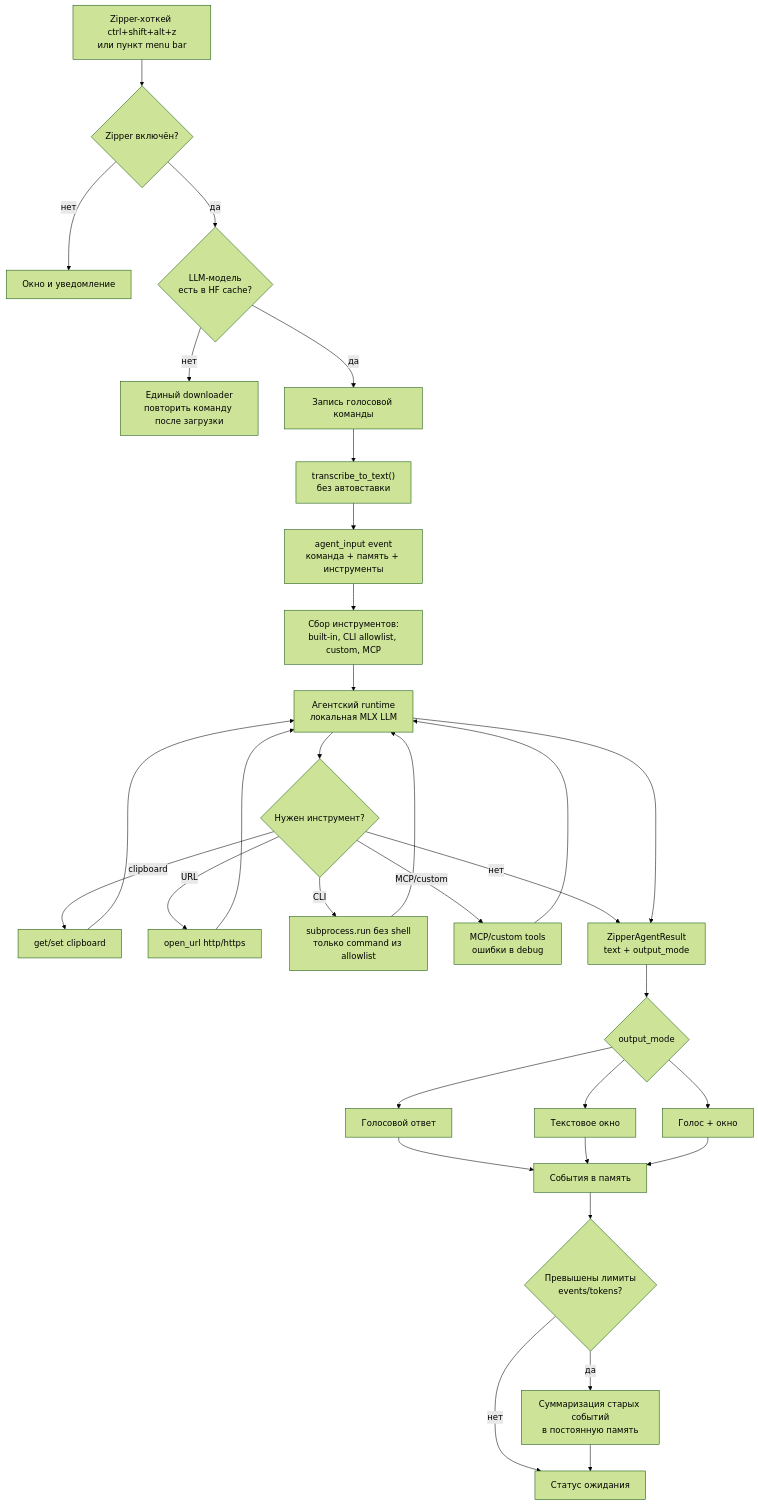
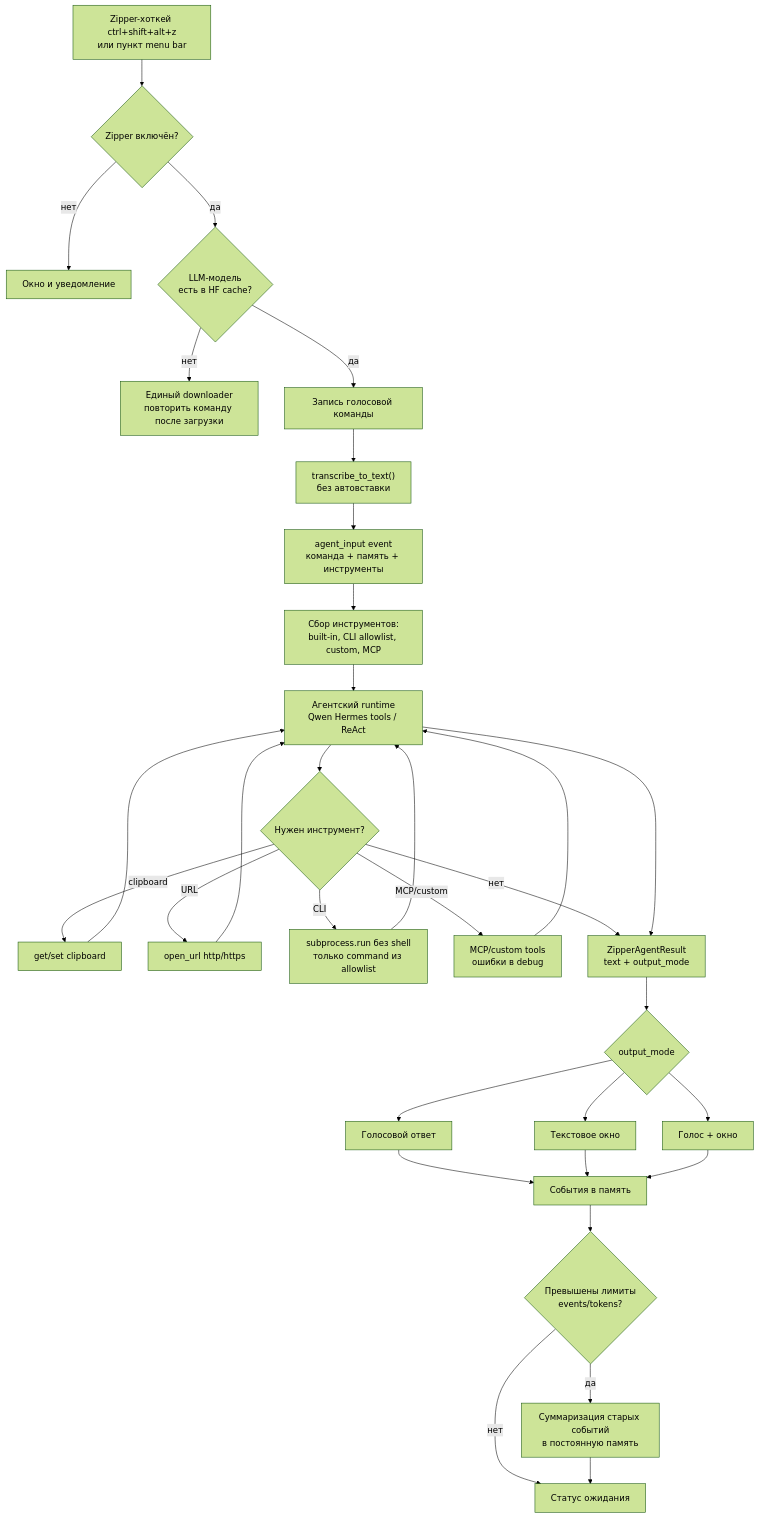
One commit to deniszagitov/mlx-whisper-dictation changed the sixth of 7 diagrams in docs/data-flow.md. Above: the diagram before and after it, drawn with Mermaid (forest theme). The commit also changed 6 other files, not shown here.

Commit message:
Добавить Hermes-инструменты для Qwen в Zipper

````diff
--- a/docs/data-flow.md
+++ b/docs/data-flow.md
@@ -123,34 +123,34 @@
 ```mermaid
 flowchart TD
     Trigger["Zipper-хоткей ctrl+shift+alt+z<br/>или пункт menu bar"] --> Enabled{"Zipper включён?"}
     Enabled -->|нет| ErrorOff["Окно и уведомление"]
     Enabled -->|да| Cached{"LLM-модель<br/>есть в HF cache?"}
     Cached -->|нет| Download["Единый downloader<br/>повторить команду после загрузки"]
     Cached -->|да| Record["Запись голосовой команды"]
     Record --> ASR["transcribe_to_text()<br/>без автовставки"]
     ASR --> AgentInput["agent_input event<br/>команда + память + инструменты"]
     AgentInput --> Tools["Сбор инструментов:<br/>built-in, CLI allowlist, custom, MCP"]
-    Tools --> Agent["Агентский runtime<br/>локальная MLX LLM"]
+    Tools --> Agent["Агентский runtime<br/>Qwen Hermes tools / ReAct"]
     Agent --> ToolCall{"Нужен инструмент?"}
     ToolCall -->|clipboard| Clipboard["get/set clipboard"]
     ToolCall -->|URL| URL["open_url http/https"]
     ToolCall -->|CLI| CLI["subprocess.run без shell<br/>только command из allowlist"]
     ToolCall -->|MCP/custom| ExternalTools["MCP/custom tools<br/>ошибки в debug"]
     Clipboard --> Agent
     URL --> Agent
     CLI --> Agent
     ExternalTools --> Agent
     ToolCall -->|нет| Result["ZipperAgentResult<br/>text + output_mode"]
     Agent --> Result
     Result --> Output{"output_mode"}
     Output --> Voice["Голосовой ответ"]
     Output --> Window["Текстовое окно"]
     Output --> Both["Голос + окно"]
     Voice --> Memory["События в память"]
     Window --> Memory
     Both --> Memory
     Memory --> Summarize{"Превышены лимиты<br/>events/tokens?"}
     Summarize -->|да| Summary["Суммаризация старых событий<br/>в постоянную память"]
     Summarize -->|нет| Idle["Статус ожидания"]
     Summary --> Idle
 ```
````
